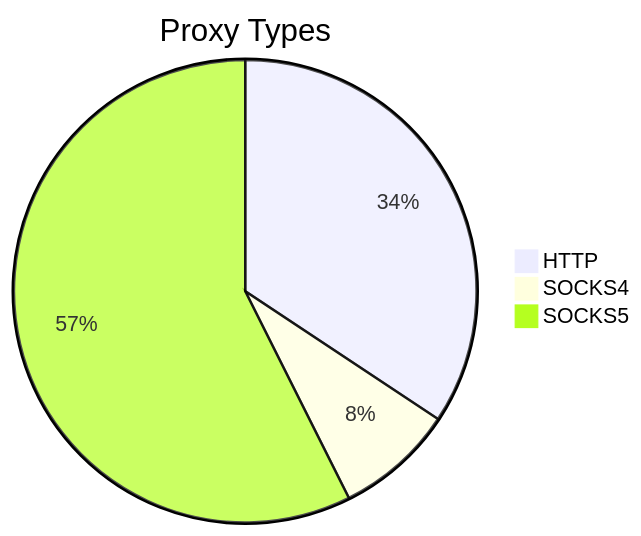
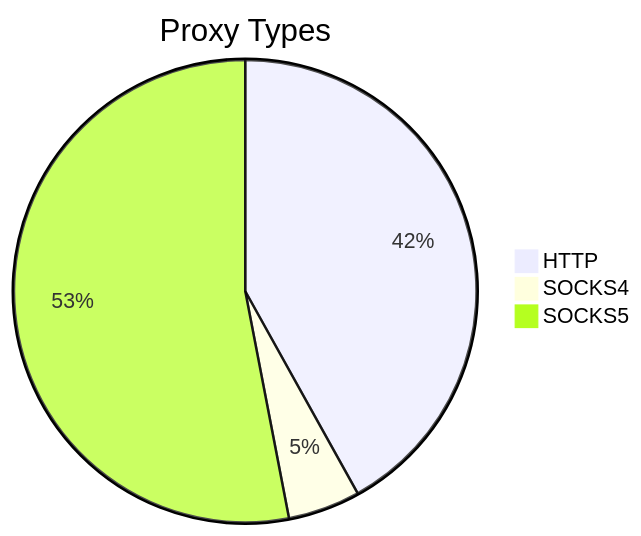
One commit to stormsia/proxy-list changed the first of 2 diagrams in README.md. Above: the diagram before and after it, drawn with Mermaid. The commit also changed other lines of this file, not shown here.

````diff
--- a/README.md
+++ b/README.md
@@ -21,6 +21,6 @@
 ```mermaid
 pie title Proxy Types
-    "HTTP" : 58
-    "SOCKS4" : 14
-    "SOCKS5" : 97
+    "HTTP" : 83
+    "SOCKS4" : 10
+    "SOCKS5" : 105
 ```
````
